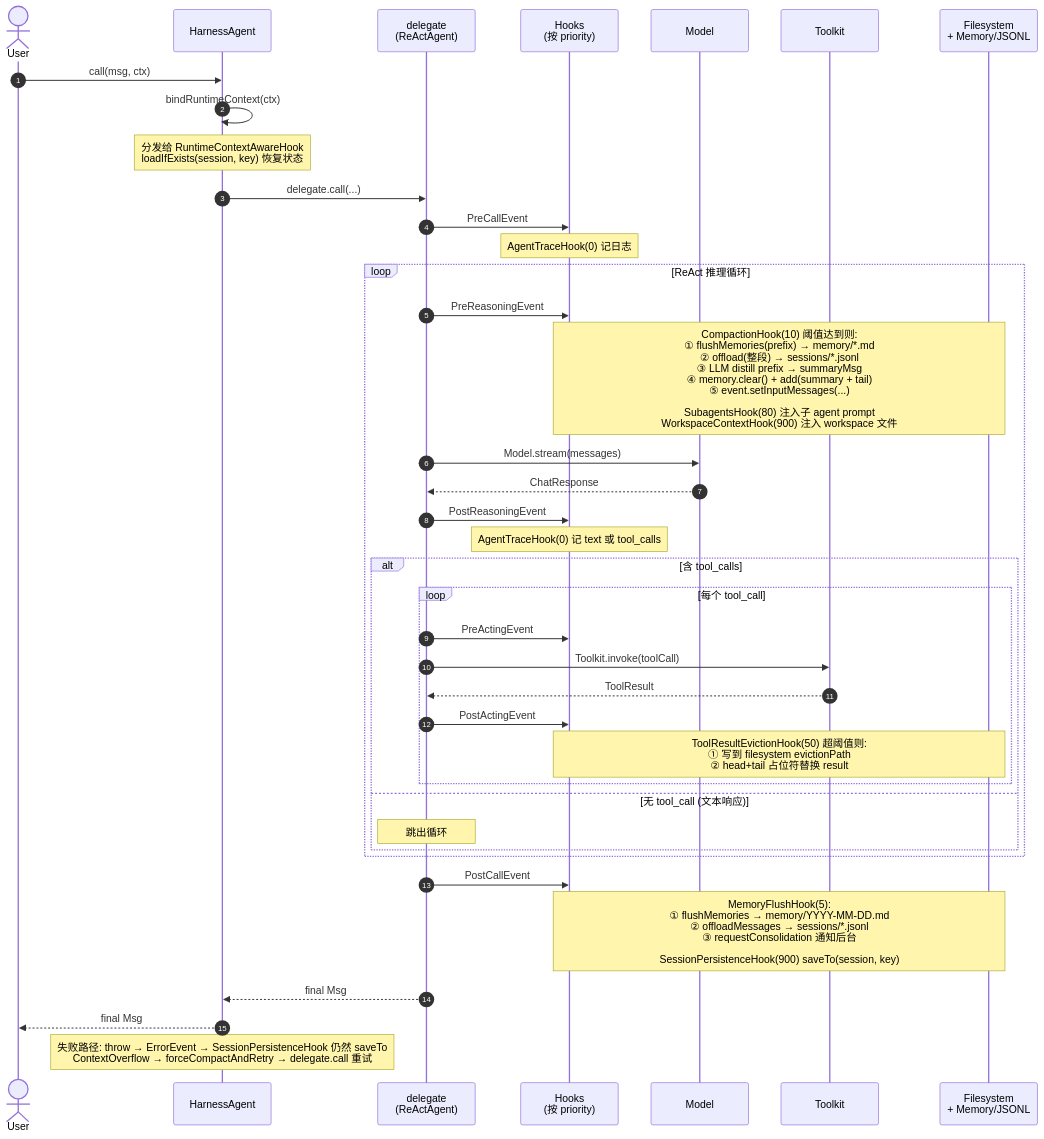
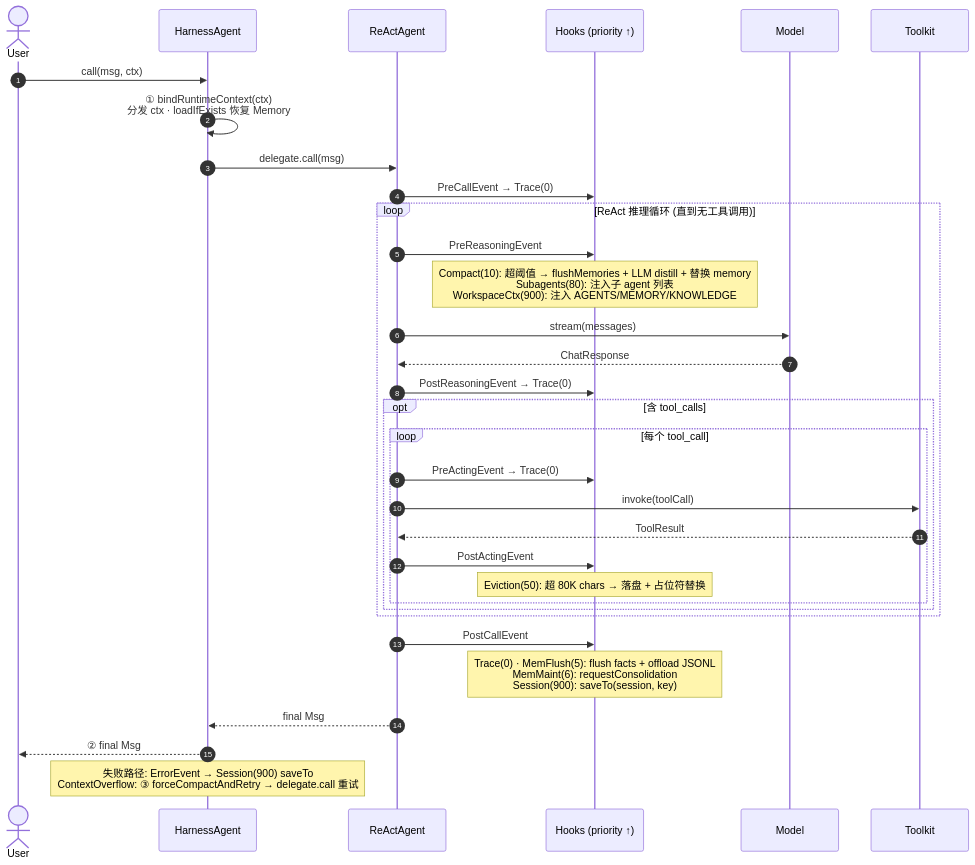
One commit to ongunao/agentscope-java changed the third of 8 diagrams in _sources/zh/harness/architecture.md. Above: the diagram before and after it, drawn with Mermaid. The commit also changed other lines of this file and 133 other files, not shown here.

````diff
--- a/_sources/zh/harness/architecture.md
+++ b/_sources/zh/harness/architecture.md
@@ -168,47 +136,44 @@
-```mermaid
+```{mermaid}
 sequenceDiagram
     autonumber
     actor User
     participant HA as HarnessAgent
-    participant RA as delegate<br/>(ReActAgent)
-    participant H as Hooks<br/>(按 priority)
+    participant RA as ReActAgent
+    participant H as Hooks (priority ↑)
     participant M as Model
     participant T as Toolkit
-    participant FS as Filesystem<br/>+ Memory/JSONL
 
     User->>HA: call(msg, ctx)
-    HA->>HA: bindRuntimeContext(ctx)
-    Note over HA: 分发给 RuntimeContextAwareHook<br/>loadIfExists(session, key) 恢复状态
-    HA->>RA: delegate.call(...)
+    HA->>HA: ① bindRuntimeContext(ctx)<br/>分发 ctx · loadIfExists 恢复 Memory
 
-    RA->>H: PreCallEvent
-    Note over H: AgentTraceHook(0) 记日志
+    HA->>RA: delegate.call(msg)
+    RA->>H: PreCallEvent → Trace(0)
 
-    loop ReAct 推理循环
+    loop ReAct 推理循环 (直到无工具调用)
         RA->>H: PreReasoningEvent
-        Note over H,FS: CompactionHook(10) 阈值达到则:<br/>① flushMemories(prefix) → memory/*.md<br/>② offload(整段) → sessions/*.jsonl<br/>③ LLM distill prefix → summaryMsg<br/>④ memory.clear() + add(summary + tail)<br/>⑤ event.setInputMessages(...)<br/><br/>SubagentsHook(80) 注入子 agent prompt<br/>WorkspaceContextHook(900) 注入 workspace 文件
-        RA->>M: Model.stream(messages)
+        Note over H: Compact(10): 超阈值 → flushMemories + LLM distill + 替换 memory<br/>Subagents(80): 注入子 agent 列表<br/>WorkspaceCtx(900): 注入 AGENTS/MEMORY/KNOWLEDGE
+
+        RA->>M: stream(messages)
         M-->>RA: ChatResponse
-        RA->>H: PostReasoningEvent
-        Note over H: AgentTraceHook(0) 记 text 或 tool_calls
 
-        alt 含 tool_calls
+        RA->>H: PostReasoningEvent → Trace(0)
+
+        opt 含 tool_calls
             loop 每个 tool_call
-                RA->>H: PreActingEvent
-                RA->>T: Toolkit.invoke(toolCall)
+                RA->>H: PreActingEvent → Trace(0)
+                RA->>T: invoke(toolCall)
                 T-->>RA: ToolResult
                 RA->>H: PostActingEvent
-                Note over H,FS: ToolResultEvictionHook(50) 超阈值则:<br/>① 写到 filesystem evictionPath<br/>② head+tail 占位符替换 result
+                Note over H: Eviction(50): 超 80K chars → 落盘 + 占位符替换
             end
-        else 无 tool_call (文本响应)
-            Note over RA: 跳出循环
         end
     end
 
     RA->>H: PostCallEvent
-    Note over H,FS: MemoryFlushHook(5):<br/>① flushMemories → memory/YYYY-MM-DD.md<br/>② offloadMessages → sessions/*.jsonl<br/>③ requestConsolidation 通知后台<br/><br/>SessionPersistenceHook(900) saveTo(session, key)
+    Note over H: Trace(0) · MemFlush(5): flush facts + offload JSONL<br/>MemMaint(6): requestConsolidation<br/>Session(900): saveTo(session, key)
+
     RA-->>HA: final Msg
-    HA-->>User: final Msg
+    HA-->>User: ② final Msg
 
-    Note over HA: 失败路径: throw → ErrorEvent → SessionPersistenceHook 仍然 saveTo<br/>ContextOverflow → forceCompactAndRetry → delegate.call 重试
+    Note over HA: 失败路径: ErrorEvent → Session(900) saveTo<br/>ContextOverflow: ③ forceCompactAndRetry → delegate.call 重试
 ```
````
